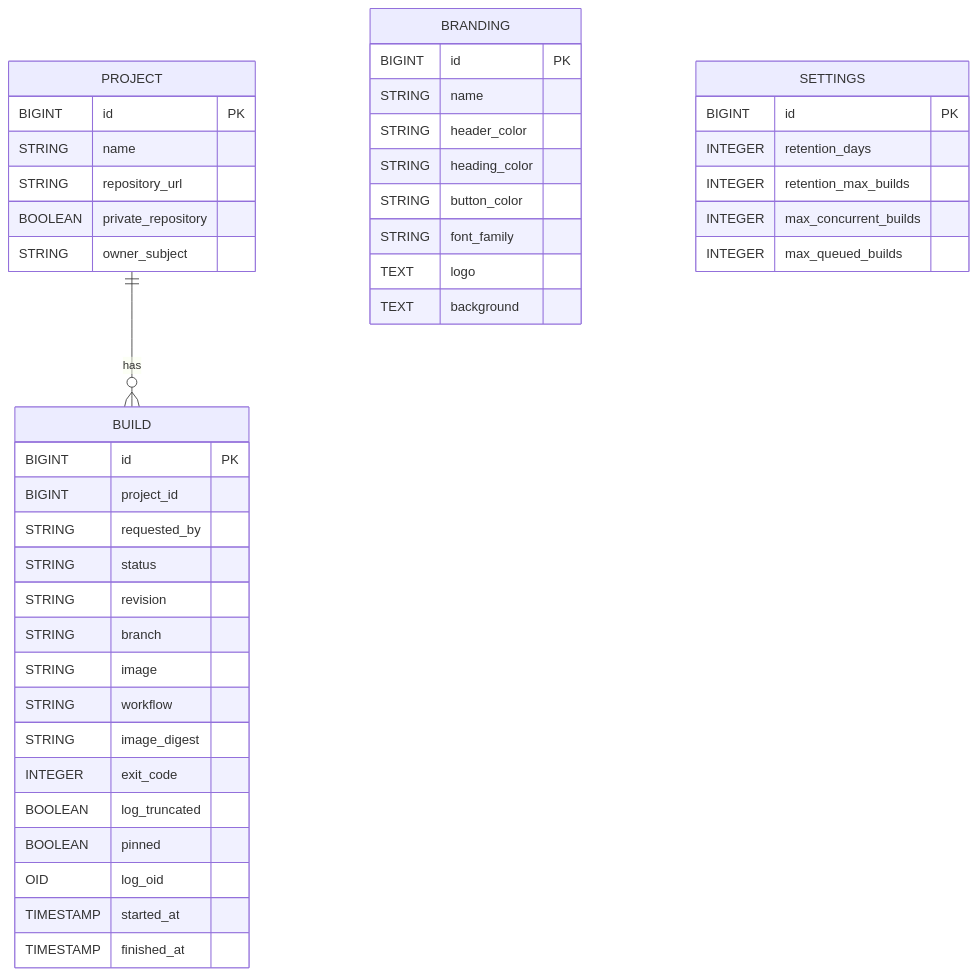
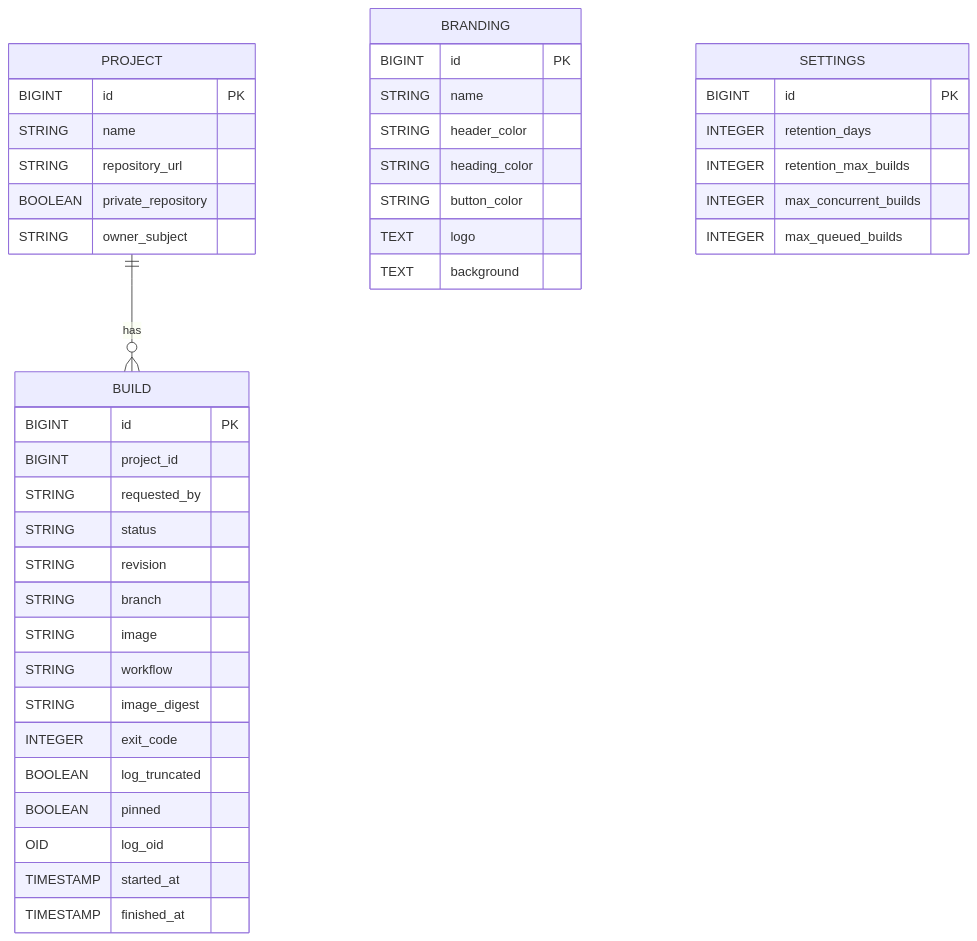
The diagram in docs/entity-diagram.md (Mohamed-Alkafory/cisys), drawn with Mermaid before and after one commit. The commit also changed 12 other files, not shown here.

````diff
--- a/docs/entity-diagram.md
+++ b/docs/entity-diagram.md
@@ -5,49 +5,48 @@
 ```mermaid
 erDiagram
     PROJECT {
         BIGINT id PK
         STRING name
         STRING repository_url
         BOOLEAN private_repository
         STRING owner_subject
     }
 
     BUILD {
         BIGINT id PK
         BIGINT project_id
         STRING requested_by
         STRING status
         STRING revision
         STRING branch
         STRING image
         STRING workflow
         STRING image_digest
         INTEGER exit_code
         BOOLEAN log_truncated
         BOOLEAN pinned
         OID log_oid
         TIMESTAMP started_at
         TIMESTAMP finished_at
     }
 
     BRANDING {
         BIGINT id PK
         STRING name
         STRING header_color
         STRING heading_color
         STRING button_color
-        STRING font_family
         TEXT logo
         TEXT background
     }
 
     SETTINGS {
         BIGINT id PK
         INTEGER retention_days
         INTEGER retention_max_builds
         INTEGER max_concurrent_builds
         INTEGER max_queued_builds
     }
 
     PROJECT ||--o{ BUILD : has
 ```
````
